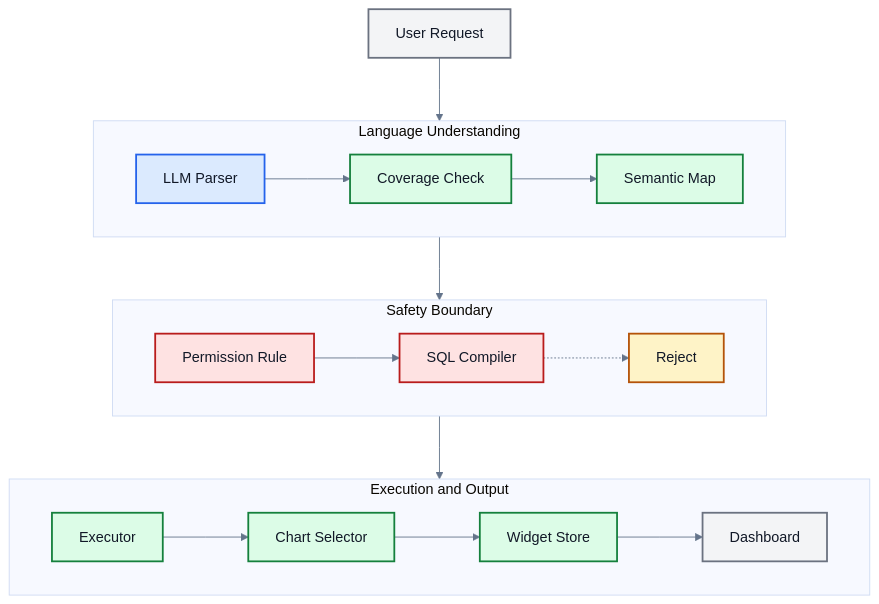
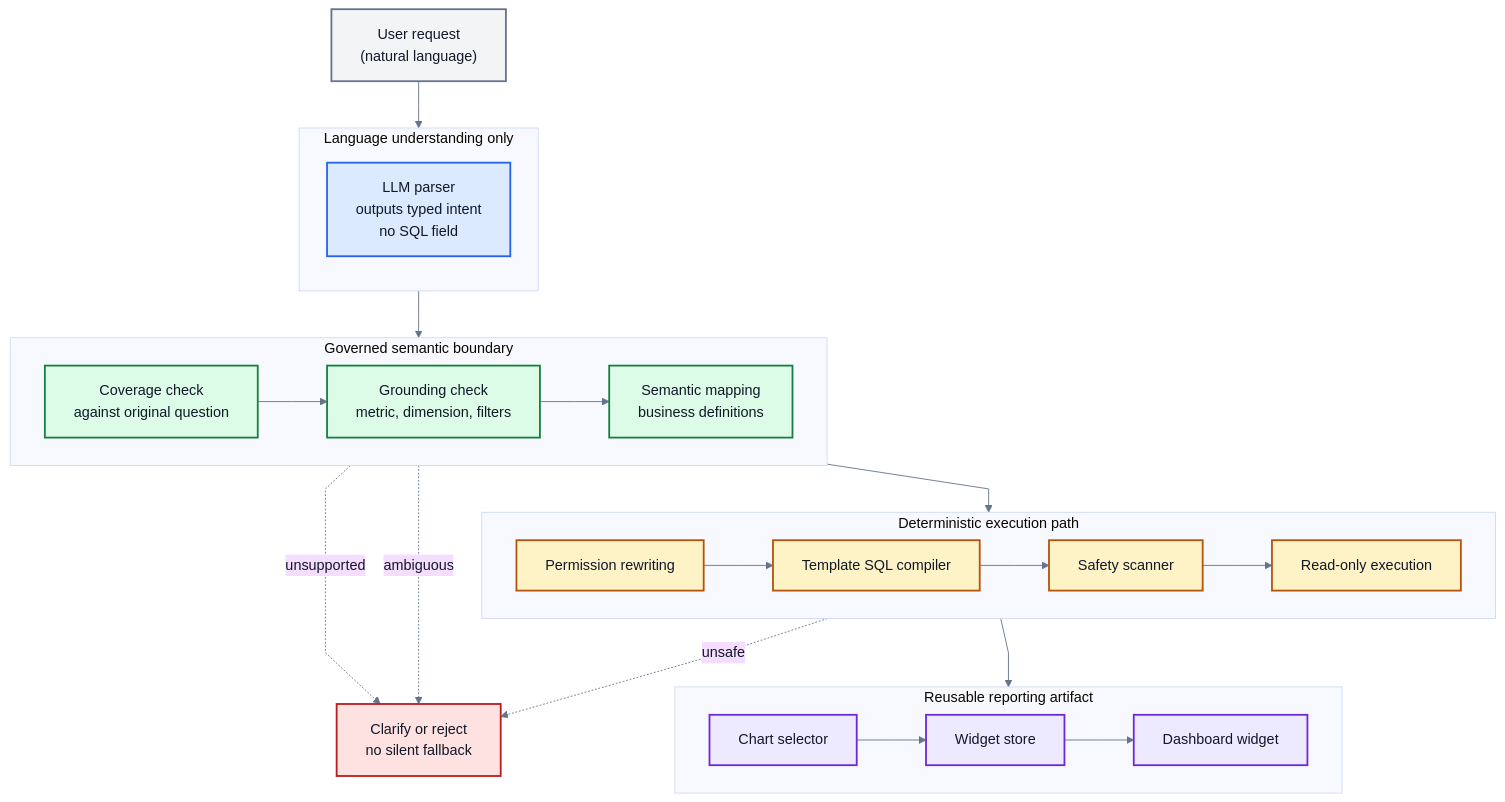
Before and after one commit to md-riaz/AEGIS-Research: the diagram in docs/scripts/thesis_book_generator/figures/source/figure-03-architecture-pipeline.mmd, drawn with Mermaid. The commit also changed 21 other files, not shown here.

```diff
--- a/docs/scripts/thesis_book_generator/figures/source/figure-03-architecture-pipeline.mmd
+++ b/docs/scripts/thesis_book_generator/figures/source/figure-03-architecture-pipeline.mmd
@@ -1,46 +1,57 @@
 %% AEGIS thesis Figure 3 source
-%%{init: {"theme": "base", "themeCSS": ".nodeLabel, .edgeLabel, .cluster-label { font-family: Arial, sans-serif !important; }", "themeVariables": {"fontFamily": "Arial, sans-serif", "primaryTextColor": "#111827", "lineColor": "#64748b"}, "flowchart": {"nodeSpacing": 55, "rankSpacing": 70, "curve": "linear"}}}%%
+%%{init: {"theme": "base", "themeCSS": ".nodeLabel, .edgeLabel, .cluster-label { font-family: Arial, sans-serif !important; } .nodeLabel { font-size: 16px; } .edgeLabel { font-size: 14px; } .cluster-label { font-weight: 700; }", "themeVariables": {"fontFamily": "Arial, sans-serif", "primaryTextColor": "#111827", "lineColor": "#64748b"}, "flowchart": {"nodeSpacing": 42, "rankSpacing": 52, "curve": "linear", "padding": 16}}}%%
 flowchart TB
-    U["User Request"]
+    U["User request<br/>(natural language)"]
 
-    subgraph LU["Language Understanding"]
-      direction LR
-      L["LLM Parser"]
-      C["Coverage Check"]
-      S["Semantic Map"]
-      L --> C --> S
+    subgraph AI["Language understanding only"]
+      direction TB
+      L["LLM parser<br/>outputs typed intent<br/>no SQL field"]
     end
 
-    subgraph SB["Safety Boundary"]
+    subgraph GOV["Governed semantic boundary"]
       direction LR
-      P["Permission Rule"]
-      Q["SQL Compiler"]
-      R["Reject"]
-      P --> Q
-      Q -.-> R
+      C["Coverage check<br/>against original question"]
+      G["Grounding check<br/>metric, dimension, filters"]
+      S["Semantic mapping<br/>business definitions"]
+      C --> G --> S
     end
 
-    subgraph EO["Execution and Output"]
+    subgraph DET["Deterministic execution path"]
       direction LR
-      E["Executor"]
-      V["Chart Selector"]
-      W["Widget Store"]
-      D["Dashboard"]
-      E --> V --> W --> D
+      P["Permission rewriting"]
+      Q["Template SQL compiler"]
+      V["Safety scanner"]
+      E["Read-only execution"]
+      P --> Q --> V --> E
     end
 
-    U --> L
+    subgraph OUT["Reusable reporting artifact"]
+      direction LR
+      CH["Chart selector"]
+      W["Widget store"]
+      D["Dashboard widget"]
+      CH --> W --> D
+    end
+
+    R["Clarify or reject<br/>no silent fallback"]
+
+    U --> L --> C
     S --> P
-    Q --> E
+    E --> CH
+    C -. unsupported .-> R
+    G -. ambiguous .-> R
+    V -. unsafe .-> R
 
+    classDef user fill:#f3f4f6,stroke:#64748b,color:#111827,stroke-width:2px;
     classDef ai fill:#dbeafe,stroke:#2563eb,color:#111827,stroke-width:2px;
-    classDef deterministic fill:#dcfce7,stroke:#15803d,color:#111827,stroke-width:2px;
-    classDef safety fill:#fee2e2,stroke:#b91c1c,color:#111827,stroke-width:2px;
-    classDef neutral fill:#f3f4f6,stroke:#6b7280,color:#111827,stroke-width:2px;
-    classDef reject fill:#fef3c7,stroke:#b45309,color:#111827,stroke-width:2px;
+    classDef governed fill:#dcfce7,stroke:#15803d,color:#111827,stroke-width:2px;
+    classDef deterministic fill:#fef3c7,stroke:#b45309,color:#111827,stroke-width:2px;
+    classDef output fill:#ede9fe,stroke:#6d28d9,color:#111827,stroke-width:2px;
+    classDef reject fill:#fee2e2,stroke:#b91c1c,color:#111827,stroke-width:2px;
 
+    class U user;
     class L ai;
-    class C,S,E,V,W,D deterministic;
-    class P,Q safety;
-    class U,D neutral;
+    class C,G,S governed;
+    class P,Q,V,E deterministic;
+    class CH,W,D output;
     class R reject;
```
